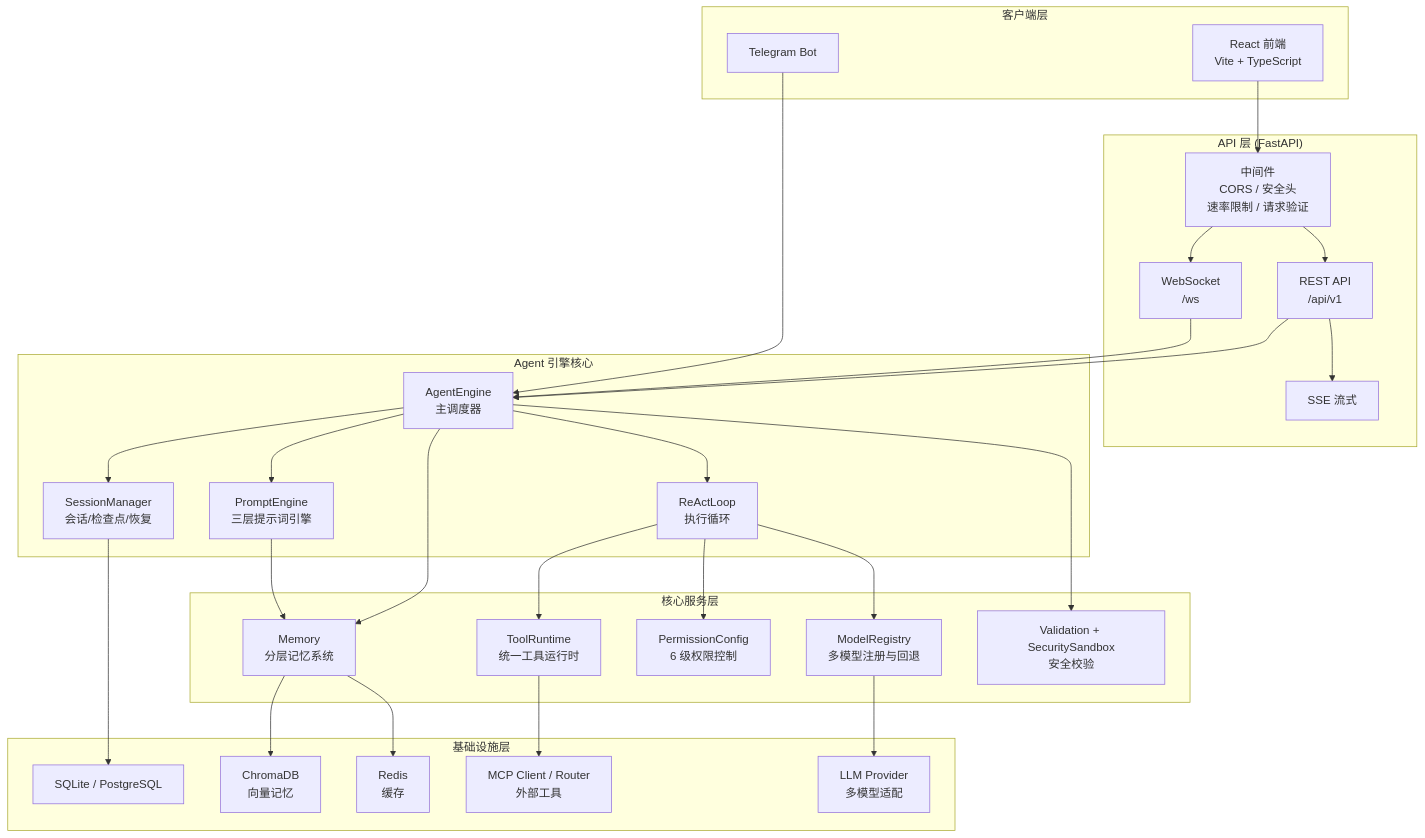
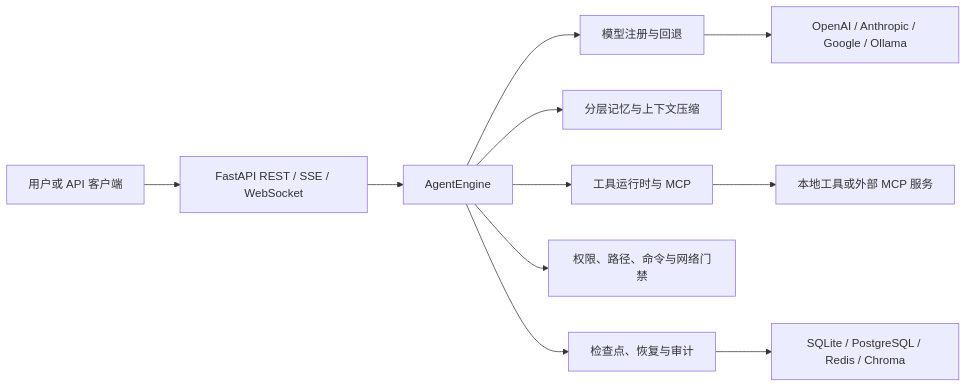
One commit to lyn2010526-stack/climber changed the diagram in README.md. Above: the diagram before and after it, drawn with Mermaid. The commit also changed other lines of this file, not shown here.

````diff
--- a/README.md
+++ b/README.md
@@ -84,59 +36,13 @@
 ```mermaid
-flowchart TB
-    subgraph Client["客户端层"]
-        Frontend["React 前端\nVite + TypeScript"]
-        Telegram["Telegram Bot"]
-    end
-
-    subgraph API["API 层 (FastAPI)"]
-        REST["REST API\n/api/v1"]
-        WS["WebSocket\n/ws"]
-        SSE["SSE 流式"]
-        Middleware["中间件\nCORS / 安全头\n速率限制 / 请求验证"]
-    end
-
-    subgraph AgentEngine["Agent 引擎核心"]
-        Engine["AgentEngine\n主调度器"]
-        SessionMgr["SessionManager\n会话/检查点/恢复"]
-        PromptEngine["PromptEngine\n三层提示词引擎"]
-        ReactLoop["ReActLoop\n执行循环"]
-    end
-
-    subgraph CoreServices["核心服务层"]
-        ModelReg["ModelRegistry\n多模型注册与回退"]
-        ToolRT["ToolRuntime\n统一工具运行时"]
-        PermCfg["PermissionConfig\n6 级权限控制"]
-        Memory["Memory\n分层记忆系统"]
-        Safety["Validation + SecuritySandbox\n安全校验"]
-    end
-
-    subgraph Infra["基础设施层"]
-        DB["SQLite / PostgreSQL"]
-        Chroma["ChromaDB\n向量记忆"]
-        Redis["Redis\n缓存"]
-        MCP["MCP Client / Router\n外部工具"]
-        LLM["LLM Provider\n多模型适配"]
-    end
-
-    Frontend --> Middleware
-    Telegram --> Engine
-    Middleware --> REST
-    Middleware --> WS
-    REST --> SSE
-    REST --> Engine
-    WS --> Engine
-    Engine --> SessionMgr
-    Engine --> PromptEngine
-    Engine --> ReactLoop
-    ReactLoop --> ModelReg
-    ReactLoop --> ToolRT
-    ReactLoop --> PermCfg
-    Engine --> Memory
-    Engine --> Safety
-    ModelReg --> LLM
-    ToolRT --> MCP
-    SessionMgr --> DB
-    Memory --> Chroma
-    Memory --> Redis
-    PromptEngine --> Memory
+flowchart LR
+    User["用户或 API 客户端"] --> API["FastAPI REST / SSE / WebSocket"]
+    API --> Engine["AgentEngine"]
+    Engine --> Model["模型注册与回退"]
+    Engine --> Memory["分层记忆与上下文压缩"]
+    Engine --> Tools["工具运行时与 MCP"]
+    Engine --> Policy["权限、路径、命令与网络门禁"]
+    Engine --> Checkpoint["检查点、恢复与审计"]
+    Model --> Provider["OpenAI / Anthropic / Google / Ollama"]
+    Tools --> External["本地工具或外部 MCP 服务"]
+    Checkpoint --> Storage["SQLite / PostgreSQL / Redis / Chroma"]
 ```
````
